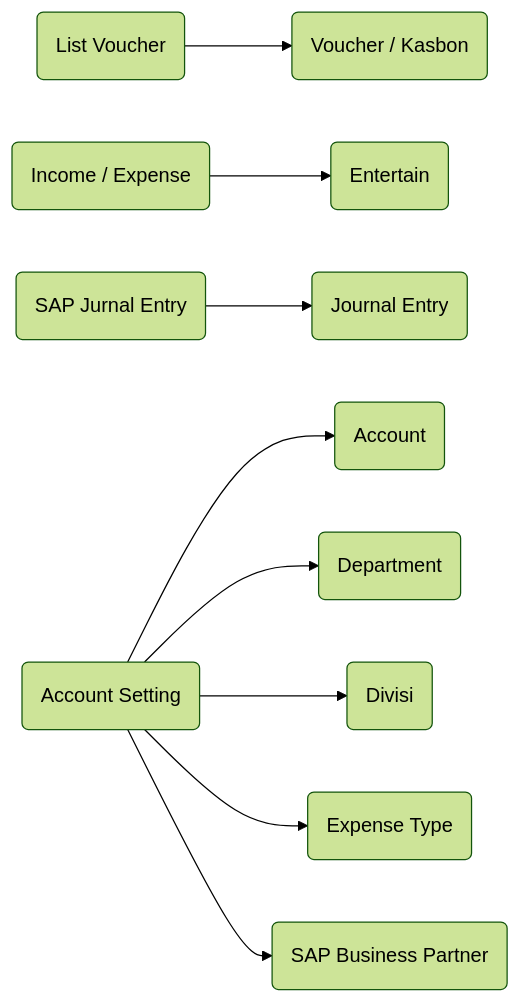
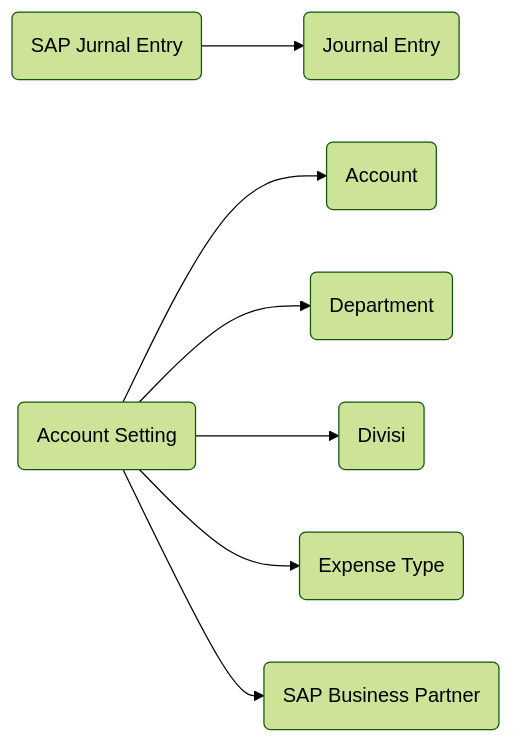
Before and after one commit to andyut/cnw_project: the second of 6 diagrams in docs/index_je.md, drawn with Mermaid (forest theme). The commit also changed other lines of this file, not shown here.

````diff
--- a/docs/index_je.md
+++ b/docs/index_je.md
@@ -26,13 +25,11 @@
 ```mermaid
-graph LR
-A(List Voucher) --> A1(Voucher / Kasbon)
-B(Income / Expense) --> B1(Entertain)
+graph LR 
 C(SAP Jurnal Entry) --> C1(Journal Entry)
 D(Account Setting) --> D1(Account)
 D(Account Setting) --> D2(Department)
 D(Account Setting) --> D3(Divisi)
 D(Account Setting) --> D4(Expense Type)
 D(Account Setting) --> D5(SAP Business Partner)
 
 
 ```
````
